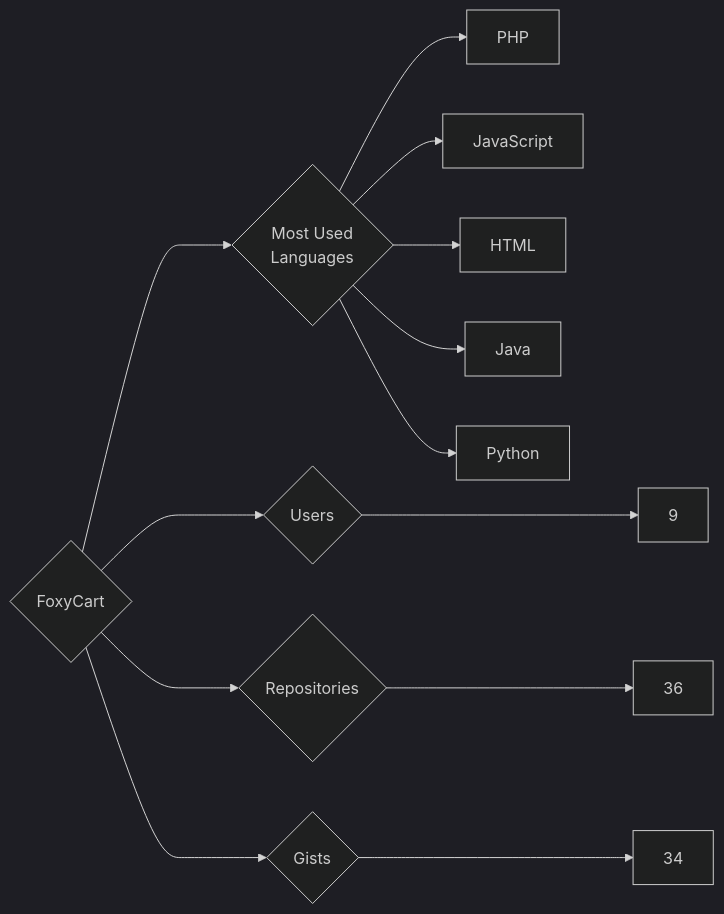
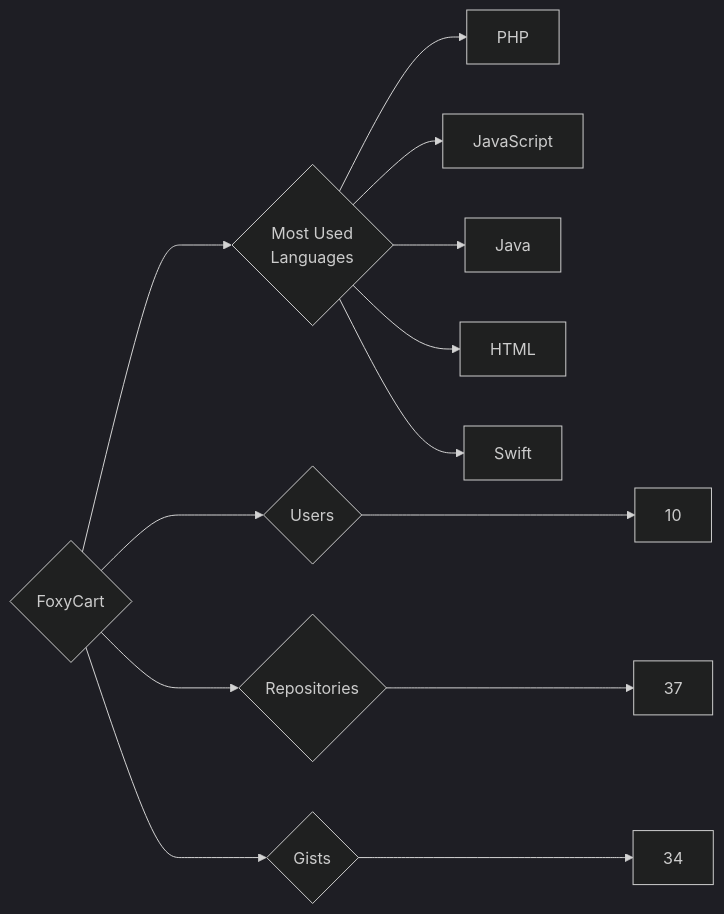
One commit to trickest/insiders changed the diagram in targets/FoxyCart/README.md. Above: the diagram before and after it, drawn with Mermaid (dark theme). The commit also changed 1195 other files, not shown here.

````diff
--- a/targets/FoxyCart/README.md
+++ b/targets/FoxyCart/README.md
@@ -3,13 +3,13 @@
 ```mermaid
 graph LR
 COMPANY_NAME{FoxyCart}
-COMPANY_NAME ---> U{Users} ---> UN[9]
-COMPANY_NAME ---> R{Repositories} ---> RN[36]
+COMPANY_NAME ---> U{Users} ---> UN[10]
+COMPANY_NAME ---> R{Repositories} ---> RN[37]
 COMPANY_NAME ---> G{Gists} ---> GN[34]
 COMPANY_NAME ---> ML{Most Used<br>Languages}
 ML --> PHP[PHP]
 ML --> JavaScript[JavaScript]
+ML --> Java[Java]
 ML --> HTML[HTML]
-ML --> Java[Java]
-ML --> Python[Python]
+ML --> Swift[Swift]
 ```
````
